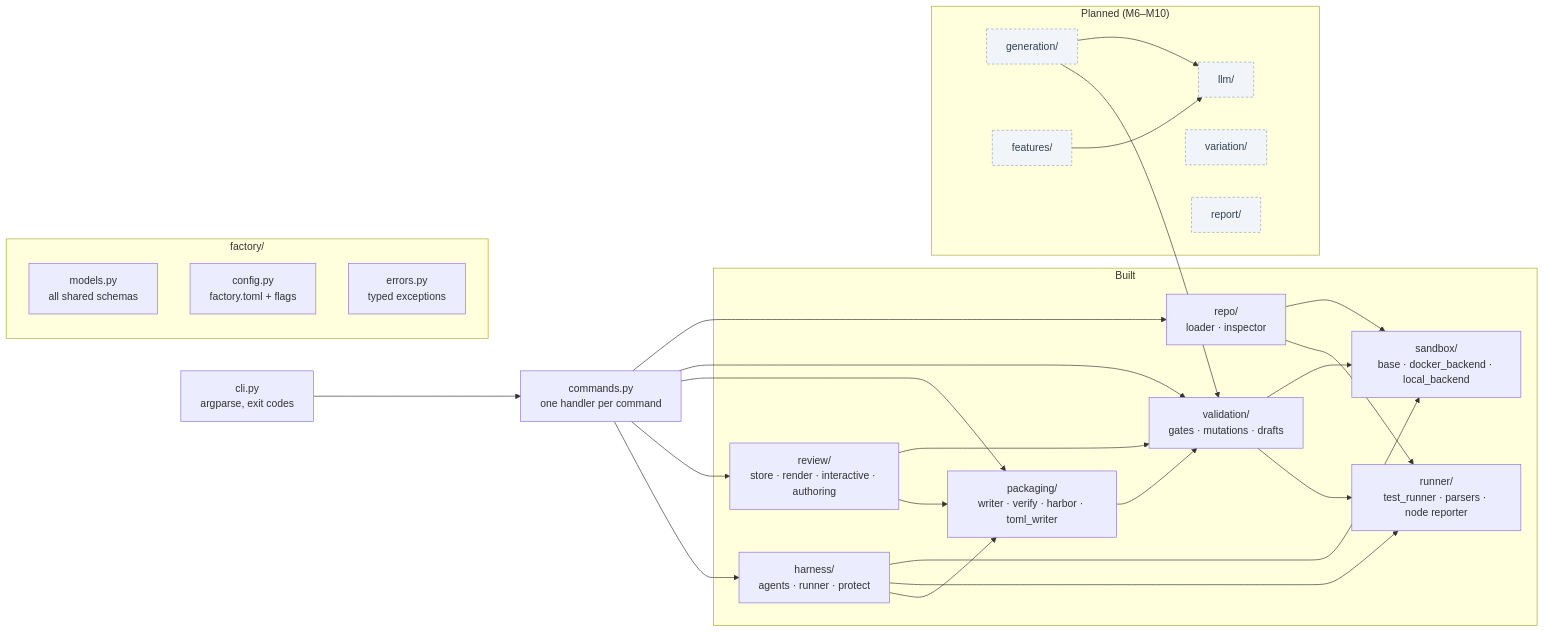
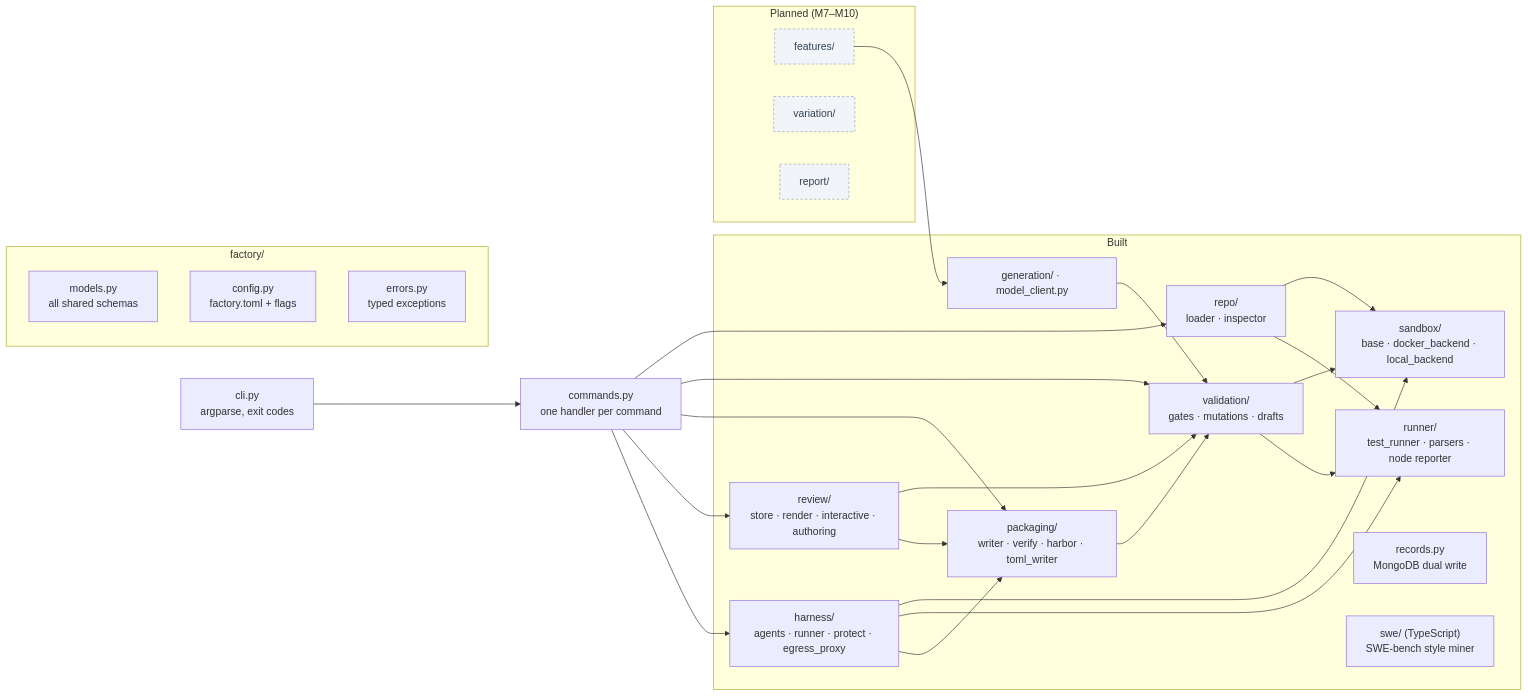
Before and after one commit to sreenivasivbieb/task-factory: the second of 14 diagrams in docs/design.md, drawn with Mermaid. The commit also changed other lines of this file and 49 other files, not shown here.

````diff
--- a/docs/design.md
+++ b/docs/design.md
@@ -129,40 +129,41 @@
 ```mermaid
 flowchart LR
     CLI["cli.py<br/>argparse, exit codes"] --> CMD["commands.py<br/>one handler per command"]
 
     subgraph core["factory/"]
         MOD["models.py<br/>all shared schemas"]
         CFG["config.py<br/>factory.toml + flags"]
         ERR["errors.py<br/>typed exceptions"]
     end
 
     subgraph built["Built"]
         SB["sandbox/<br/>base · docker_backend · local_backend"]
         RP["repo/<br/>loader · inspector"]
         RN["runner/<br/>test_runner · parsers · node reporter"]
         VA["validation/<br/>gates · mutations · drafts"]
         PK["packaging/<br/>writer · verify · harbor · toml_writer"]
         RV["review/<br/>store · render · interactive · authoring"]
-        HN["harness/<br/>agents · runner · protect"]
+        HN["harness/<br/>agents · runner · protect · egress_proxy"]
+        GE["generation/ · model_client.py"]
+        RC["records.py<br/>MongoDB dual write"]
+        SW["swe/ (TypeScript)<br/>SWE-bench style miner"]
     end
 
-    subgraph planned["Planned (M6–M10)"]
-        LLM["llm/"]
-        GE["generation/"]
+    subgraph planned["Planned (M7–M10)"]
         FE["features/"]
         VR["variation/"]
         RE["report/"]
     end
 
     CMD --> RP & VA & PK & RV & HN
     RP --> SB & RN
     VA --> SB & RN
     PK --> VA
     RV --> VA & PK
     HN --> SB & RN & PK
-    GE --> LLM & VA
-    FE --> LLM
+    GE --> VA
+    FE --> GE
 
     classDef plan fill:#f1f5f9,stroke:#94a3b8,color:#334155,stroke-dasharray: 4 3;
-    class LLM,GE,FE,VR,RE plan;
+    class FE,VR,RE plan;
 ```
````
